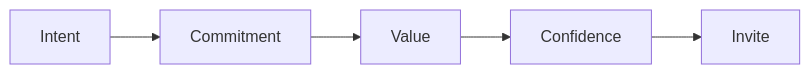
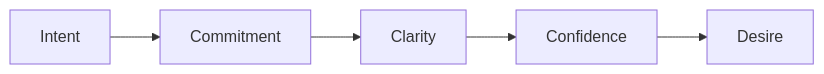
Before and after one commit to redrhino-online/red-canon: the sixth of 8 diagrams in docs/method/engage-opportunity.md, drawn with Mermaid. The commit also changed other lines of this file and 9 other files, not shown here.

Commit message:
docs(method): deepen client overviews and add money-message, roadmap, numbers

````diff
--- a/docs/method/engage-opportunity.md
+++ b/docs/method/engage-opportunity.md
@@ -70,4 +83,4 @@
 ```mermaid
 flowchart LR
-    A[Intent] --> B[Commitment] --> C[Value] --> D[Confidence] --> E[Invite]
+    A[Intent] --> B[Commitment] --> C[Clarity] --> D[Confidence] --> E[Desire]
 ```
````
